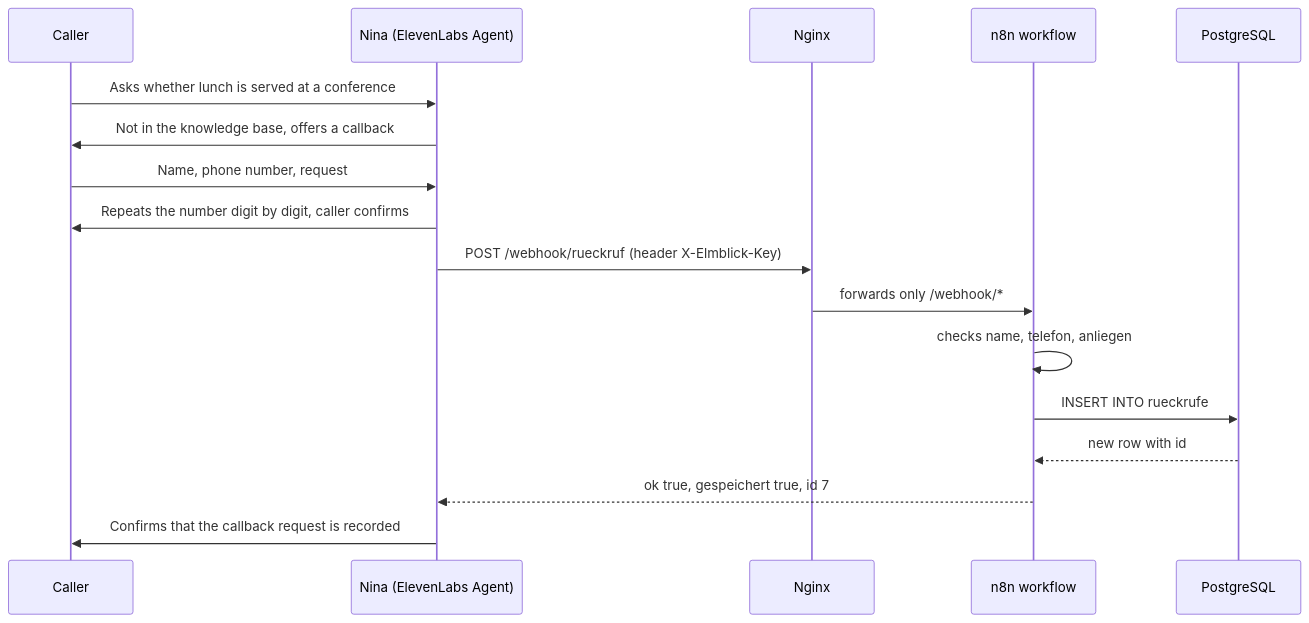
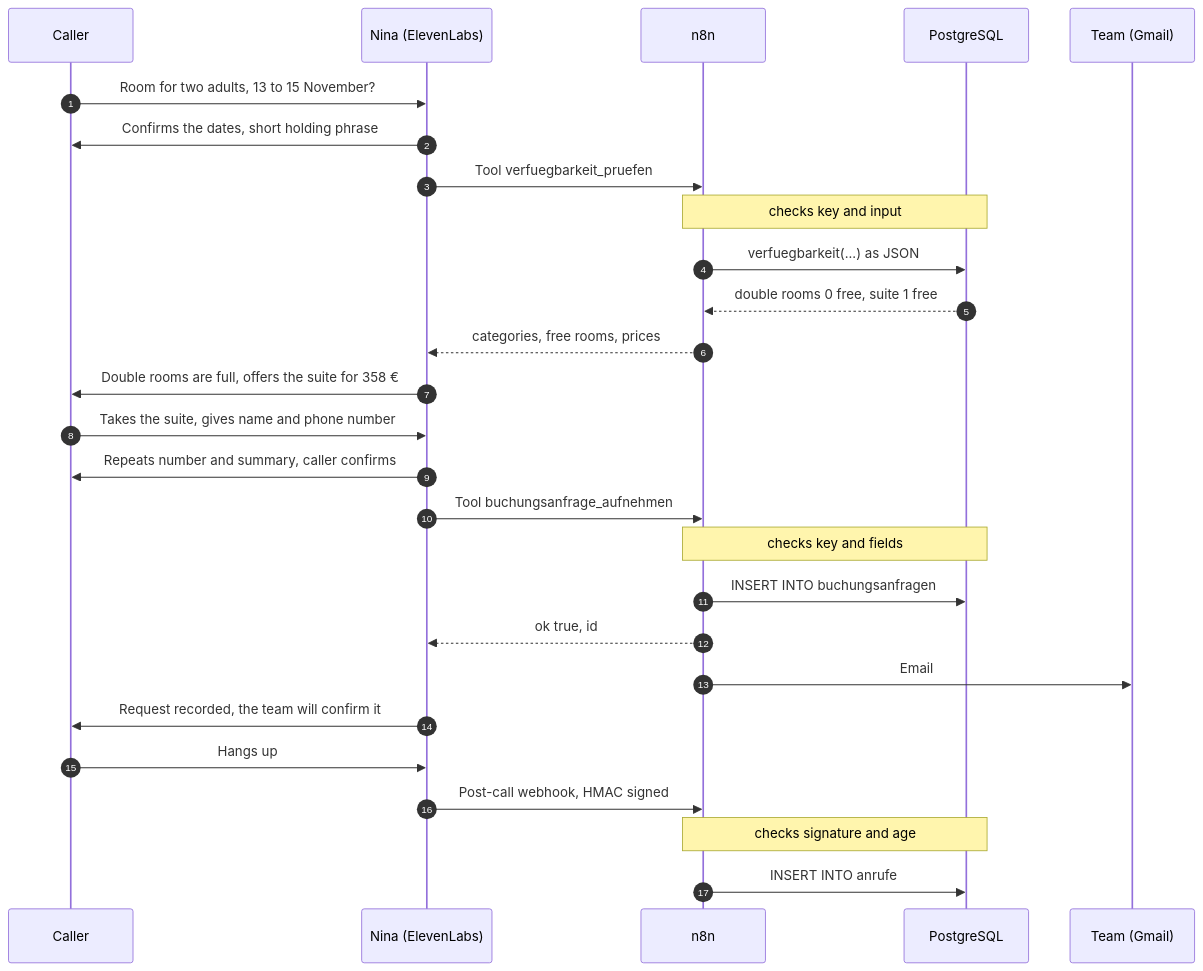
The diagram in README.md (B-Blarr/Voice-Agent-Hotel), drawn with Mermaid before and after one commit. The commit also changed other lines of this file, not shown here.

Commit message:
docs: show a booking request in the sequence diagram

````diff
--- a/README.md
+++ b/README.md
@@ -54,20 +57,30 @@
 ```mermaid
 sequenceDiagram
+    autonumber
     participant C as Caller
-    participant N as Nina (ElevenLabs Agent)
-    participant G as Nginx
-    participant W as n8n workflow
+    participant N as Nina (ElevenLabs)
+    participant W as n8n
     participant D as PostgreSQL
+    participant T as Team (Gmail)
 
-    C->>N: Asks whether lunch is served at a conference
-    N->>C: Not in the knowledge base, offers a callback
-    C->>N: Name, phone number, request
-    N->>C: Repeats the number digit by digit, caller confirms
-    N->>G: POST /webhook/rueckruf (header X-Elmblick-Key)
-    G->>W: forwards only /webhook/*
-    W->>W: checks name, telefon, anliegen
-    W->>D: INSERT INTO rueckrufe
-    D-->>W: new row with id
-    W-->>N: ok true, gespeichert true, id 7
-    N->>C: Confirms that the callback request is recorded
+    C->>N: Room for two adults, 13 to 15 November?
+    N->>C: Confirms the dates, short holding phrase
+    N->>W: Tool verfuegbarkeit_pruefen
+    Note over W,D: checks key and input
+    W->>D: verfuegbarkeit(...) as JSON
+    D-->>W: double rooms 0 free, suite 1 free
+    W-->>N: categories, free rooms, prices
+    N->>C: Double rooms are full, offers the suite for 358 €
+    C->>N: Takes the suite, gives name and phone number
+    N->>C: Repeats number and summary, caller confirms
+    N->>W: Tool buchungsanfrage_aufnehmen
+    Note over W,D: checks key and fields
+    W->>D: INSERT INTO buchungsanfragen
+    W-->>N: ok true, id
+    W->>T: Email
+    N->>C: Request recorded, the team will confirm it
+    C->>N: Hangs up
+    N->>W: Post-call webhook, HMAC signed
+    Note over W,D: checks signature and age
+    W->>D: INSERT INTO anrufe
 ```
````
